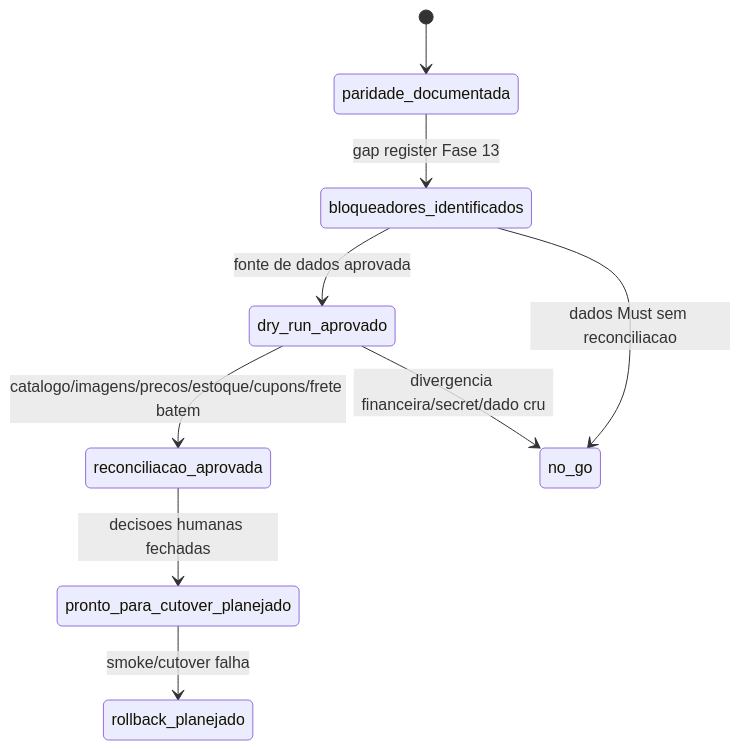
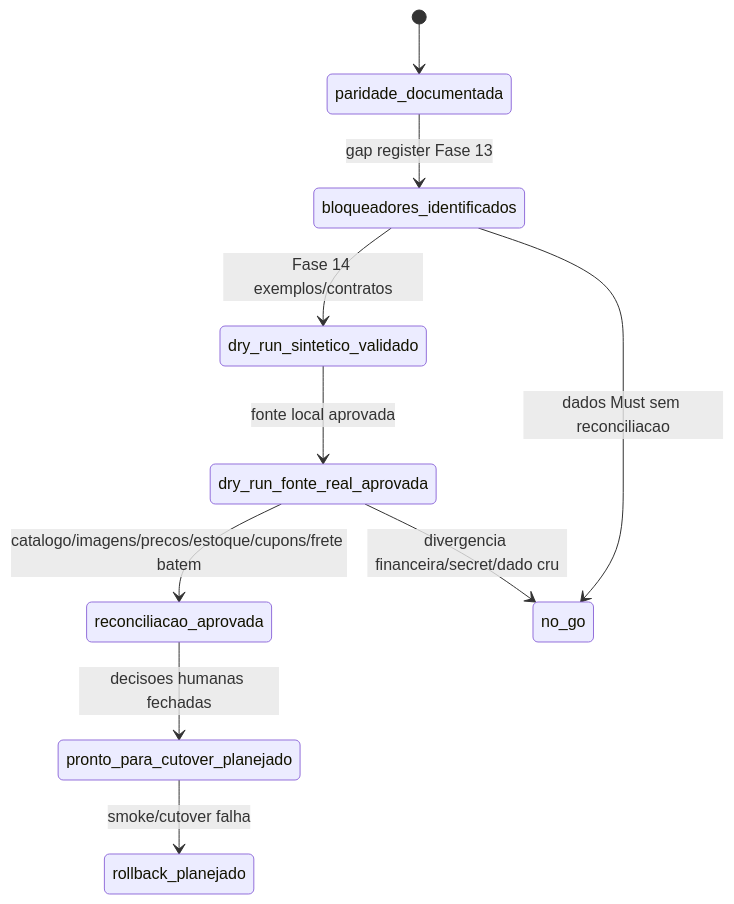
Before and after one commit to Ald3b4r4n/triadenext: diagram 11 of 11 in _reversa_sdd/state-machines.md, drawn with Mermaid. The commit also changed other lines of this file and 15 other files, not shown here.

````diff
--- a/_reversa_sdd/state-machines.md
+++ b/_reversa_sdd/state-machines.md
@@ -179,11 +179,12 @@
 ```mermaid
 stateDiagram-v2
   [*] --> paridade_documentada
   paridade_documentada --> bloqueadores_identificados: gap register Fase 13
-  bloqueadores_identificados --> dry_run_aprovado: fonte de dados aprovada
-  dry_run_aprovado --> reconciliacao_aprovada: catalogo/imagens/precos/estoque/cupons/frete batem
+  bloqueadores_identificados --> dry_run_sintetico_validado: Fase 14 exemplos/contratos
+  dry_run_sintetico_validado --> dry_run_fonte_real_aprovada: fonte local aprovada
+  dry_run_fonte_real_aprovada --> reconciliacao_aprovada: catalogo/imagens/precos/estoque/cupons/frete batem
   reconciliacao_aprovada --> pronto_para_cutover_planejado: decisoes humanas fechadas
   bloqueadores_identificados --> no_go: dados Must sem reconciliacao
-  dry_run_aprovado --> no_go: divergencia financeira/secret/dado cru
+  dry_run_fonte_real_aprovada --> no_go: divergencia financeira/secret/dado cru
   pronto_para_cutover_planejado --> rollback_planejado: smoke/cutover falha
 ```
````
